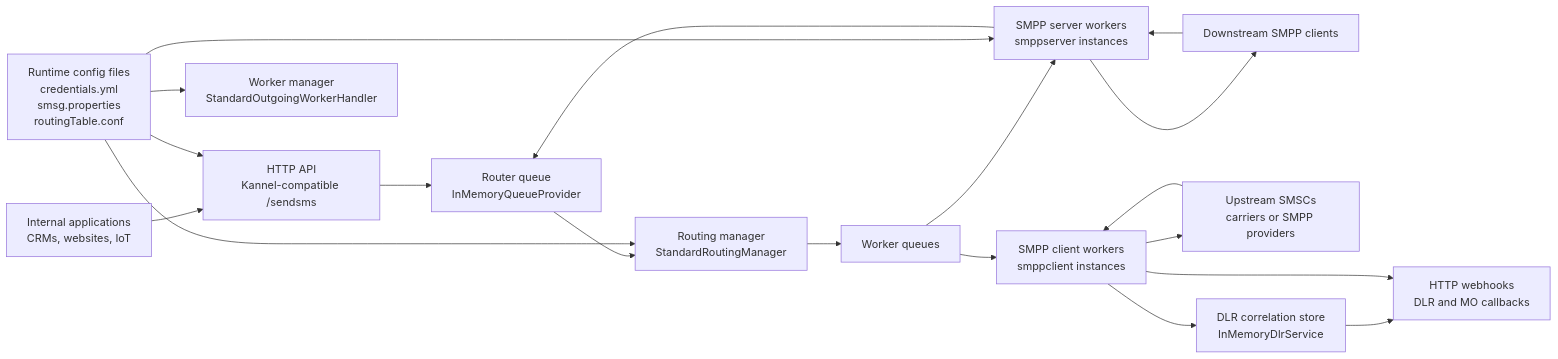
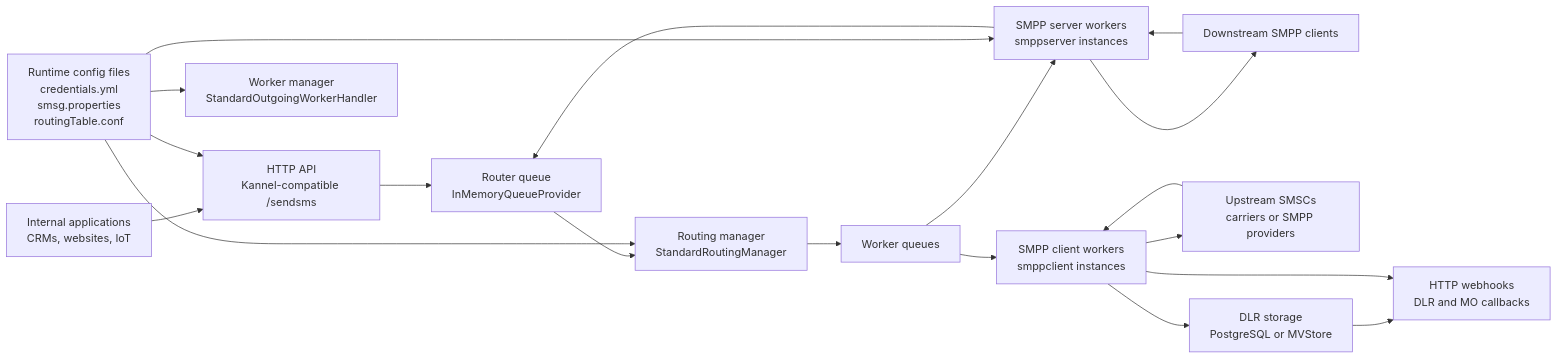
One commit to cytechmobile/sendium changed the first of 6 diagrams in docs/01-architecture.md. Above: the diagram before and after it, drawn with Mermaid. The commit also changed other lines of this file and 6 other files, not shown here.

Commit message:
docs(dlr): document PostgreSQL operations

````diff
--- a/docs/01-architecture.md
+++ b/docs/01-architecture.md
@@ -14,35 +14,35 @@
 ```mermaid
 flowchart LR
     apps["Internal applications<br/>CRMs, websites, IoT"]
     downstream[Downstream SMPP clients]
     http["HTTP API<br/>Kannel-compatible /sendsms"]
     smppServer["SMPP server workers<br/>smppserver instances"]
     routerQueue["Router queue<br/>InMemoryQueueProvider"]
     router["Routing manager<br/>StandardRoutingManager"]
     workerManager["Worker manager<br/>StandardOutgoingWorkerHandler"]
     workerQueues[Worker queues]
     smppClients["SMPP client workers<br/>smppclient instances"]
     carriers["Upstream SMSCs<br/>carriers or SMPP providers"]
-    dlrStore["DLR correlation store<br/>InMemoryDlrService"]
+    dlrStore["DLR storage<br/>PostgreSQL or MVStore"]
     webhooks["HTTP webhooks<br/>DLR and MO callbacks"]
     config["Runtime config files<br/>credentials.yml<br/>smsg.properties<br/>routingTable.conf"]
 
     apps --> http
     downstream --> smppServer
     http --> routerQueue
     smppServer --> routerQueue
     routerQueue --> router
     router --> workerQueues
     workerQueues --> smppClients
     workerQueues --> smppServer
     smppClients --> carriers
     carriers --> smppClients
     smppServer --> downstream
     smppClients --> dlrStore
     dlrStore --> webhooks
     smppClients --> webhooks
     config --> http
     config --> smppServer
     config --> workerManager
     config --> router
 ```
````
